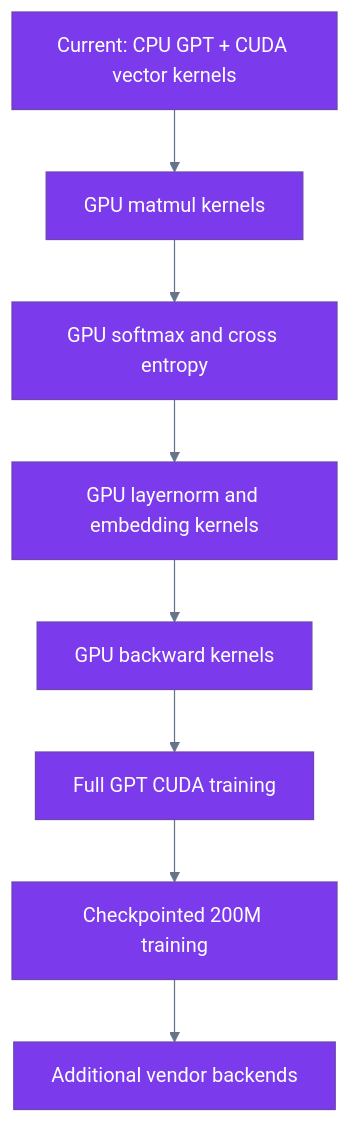
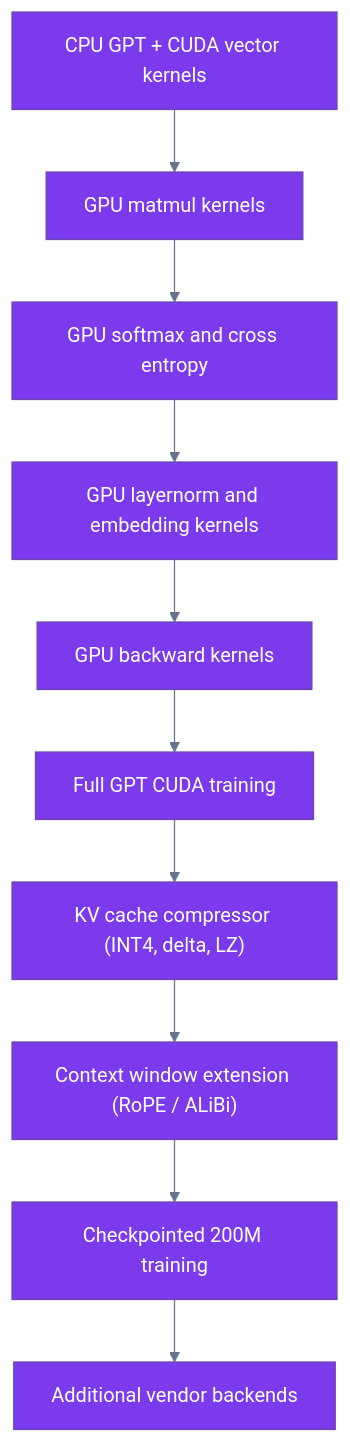
Before and after one commit to Hexa08/NEF2: the third of 3 diagrams in README.md, drawn with Mermaid. The commit also changed other lines of this file and 13 other files, not shown here.

First line of the commit message:
v0.2.0: GPU matmul, KV cache, binary serialization, Linux CUDA, stable losses, remove bundled Wikipedia dataset

````diff
--- a/README.md
+++ b/README.md
@@ -251,11 +242,13 @@
 ```mermaid
 %%{init: {"theme": "base", "themeVariables": {"primaryColor": "#7c3aed", "primaryTextColor": "#ffffff", "lineColor": "#64748b", "secondaryColor": "#f5f3ff"}}}%%
 flowchart TB
-    A["Current: CPU GPT + CUDA vector kernels"] --> B["GPU matmul kernels"]
+    A["CPU GPT + CUDA vector kernels"] --> B["GPU matmul kernels"]
     B --> C["GPU softmax and cross entropy"]
     C --> D["GPU layernorm and embedding kernels"]
     D --> E["GPU backward kernels"]
     E --> F["Full GPT CUDA training"]
-    F --> G["Checkpointed 200M training"]
-    G --> H["Additional vendor backends"]
+    F --> G["KV cache compressor (INT4, delta, LZ)"]
+    G --> H["Context window extension (RoPE / ALiBi)"]
+    H --> I["Checkpointed 200M training"]
+    I --> J["Additional vendor backends"]
 ```
````
